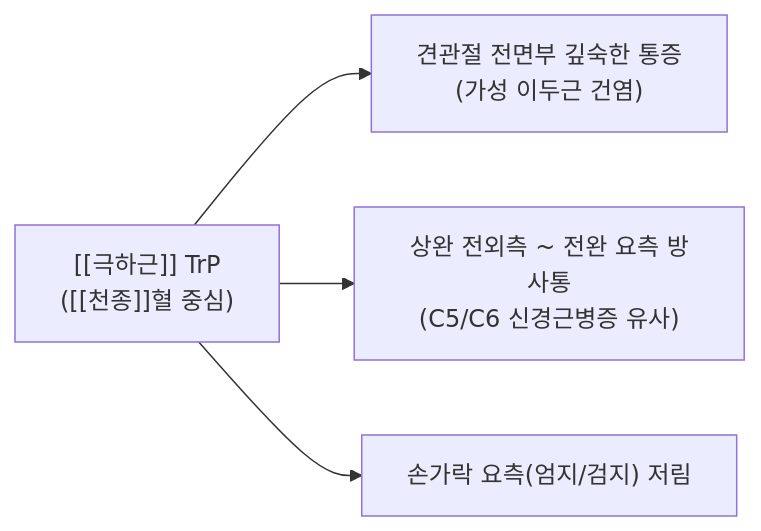
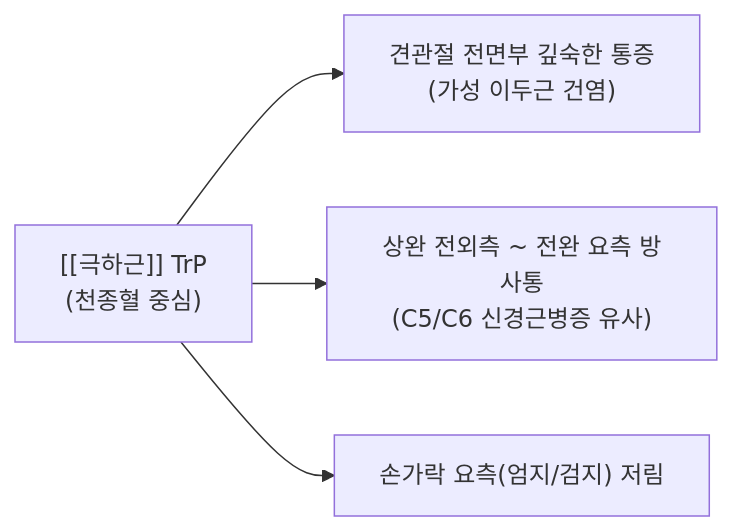
The second of 2 diagrams in content/1. 근골격계 공부/근육/(4) 어깨/극하근.md (simbio11/simbio-digital-garden2), drawn with Mermaid before and after one commit. The commit also changed other lines of this file and 487 other files, not shown here.

````diff
--- a/content/1. 근골격계 공부/근육/(4) 어깨/극하근.md
+++ b/content/1. 근골격계 공부/근육/(4) 어깨/극하근.md
@@ -55,6 +62,9 @@
 ```mermaid
 flowchart LR
-    TP["[[극하근]] TrP\n([[천종]]혈 중심)"] --> Zone1["견관절 전면부 깊숙한 통증\n(가성 이두근 건염)"]
-    TP --> Zone2["상완 전외측 ~ 전완 요측 방사통\n(C5/C6 신경근병증 유사)"]
+    TP["[[극하근]] TrP
+(천종혈 중심)"] --> Zone1["견관절 전면부 깊숙한 통증
+(가성 이두근 건염)"]
+    TP --> Zone2["상완 전외측 ~ 전완 요측 방사통
+(C5/C6 신경근병증 유사)"]
     TP --> Zone3["손가락 요측(엄지/검지) 저림"]
 ```
````
